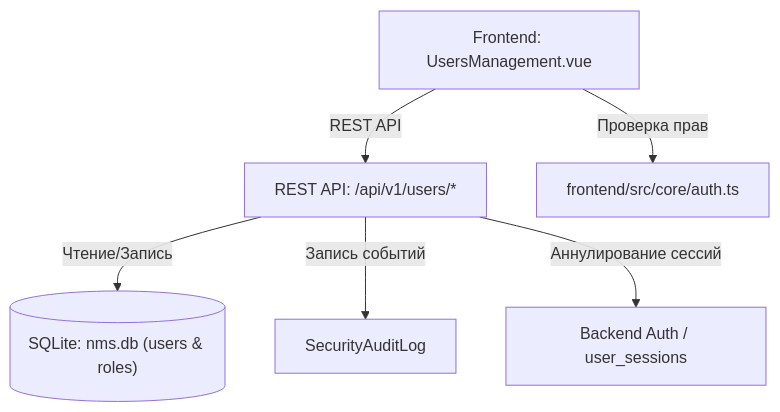
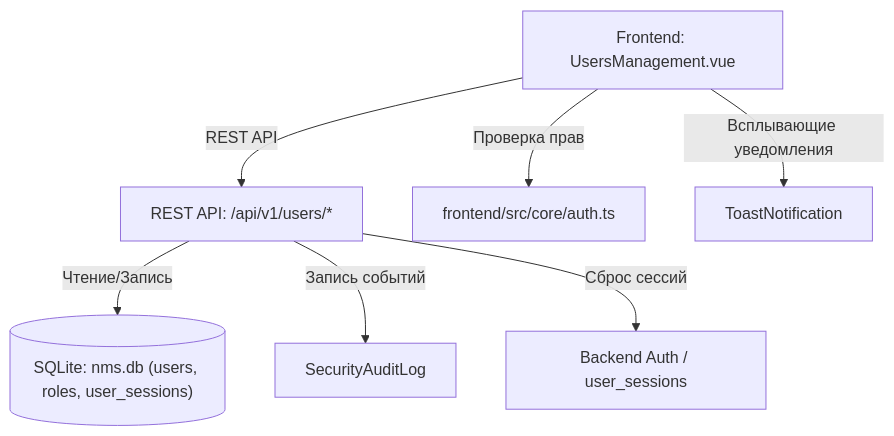
One commit to Apofixc/nms-webui changed the diagram in docs/wiki/02-usage/03-users-management.md. Above: the diagram before and after it, drawn with Mermaid. The commit also changed other lines of this file, not shown here.

Commit message:
docs: update user management documentation with new configuration details

````diff
--- a/docs/wiki/02-usage/03-users-management.md
+++ b/docs/wiki/02-usage/03-users-management.md
@@ -84,8 +127,9 @@
 ```mermaid
 graph TD
     UI["Frontend: UsersManagement.vue"] -->|REST API| API["REST API: /api/v1/users/*"]
-    API -->|Чтение/Запись| DB[("SQLite: nms.db (users & roles)")]
+    API -->|Чтение/Запись| DB[("SQLite: nms.db (users, roles, user_sessions)")]
     API -->|Запись событий| Audit["SecurityAuditLog"]
-    API -->|Аннулирование сессий| Auth["Backend Auth / user_sessions"]
+    API -->|Сброс сессий| Auth["Backend Auth / user_sessions"]
     UI -->|Проверка прав| RBAC["frontend/src/core/auth.ts"]
+    UI -->|Всплывающие уведомления| Toast["ToastNotification"]
 ```
````
